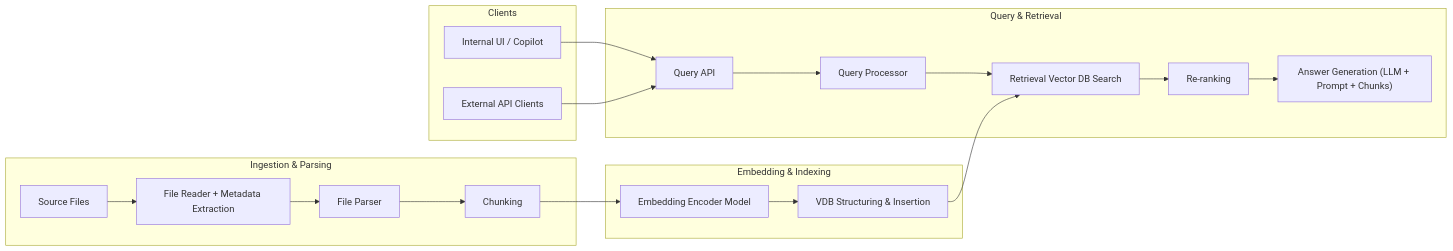
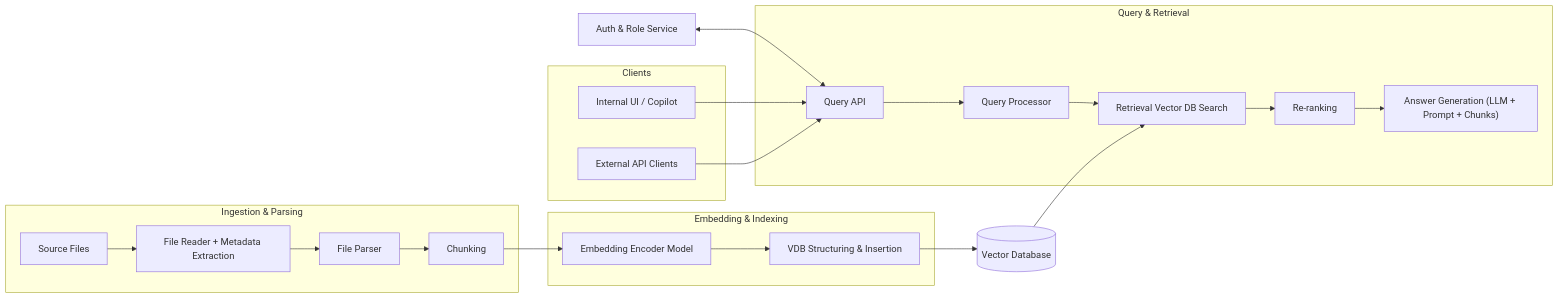
Before and after one commit to qualabs/SMPTE-Copilot: the diagram in docs/architecture-overview.md, drawn with Mermaid.

Commit message:
modifications in the architecture diagram

````diff
--- a/docs/architecture-overview.md
+++ b/docs/architecture-overview.md
@@ -16,40 +16,48 @@
 ```mermaid
 flowchart LR
     %% INTAKE PIPELINE
     subgraph Ingestion_and_Parsing["Ingestion & Parsing"]
         F[Source Files]
         FR[File Reader + Metadata Extraction]
         FP[File Parser]
         CH[Chunking]
 
         F --> FR --> FP --> CH
     end
 
     subgraph Embedding_and_Indexing["Embedding & Indexing"]
         EM[Embedding Encoder Model]
-        VDB[VDB Structuring & Insertion]
+        VDBS[VDB Structuring & Insertion]
 
-        CH --> EM --> VDB
+        CH --> EM --> VDBS
     end
+
+    VDB[(Vector Database)]
+
+    VDBS --> VDB
 
     %% QUERY SIDE
     subgraph Query_and_Retrieval["Query & Retrieval"]
         QA[Query API]
         QP[Query Processor]
         RT[Retrieval Vector DB Search]
         RR[Re-ranking]
         AG["Answer Generation (LLM + Prompt + Chunks)"]
 
         QA --> QP --> RT --> RR --> AG
     end
 
+    %% AUTH SERVICE
+    AUTH[Auth & Role Service]
+    AUTH <--> QA
+
     subgraph Clients["Clients"]
         C1[Internal UI / Copilot]
         C2[External API Clients]
     end
 
     C1 --> QA
     C2 --> QA
 
     VDB --> RT
 ```
````
